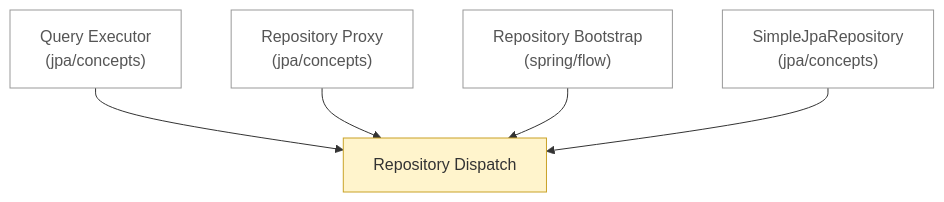
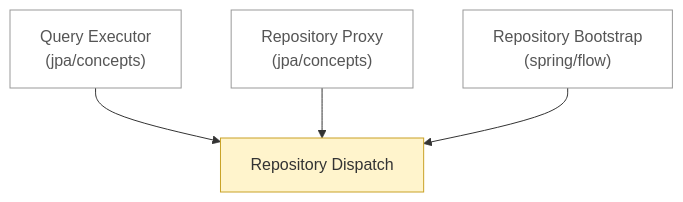
Before and after one commit to Pizza-Mozzarella/self-learning: the diagram in notes/backend/spring/data/jpa/flow/README.md, drawn with Mermaid. The commit also changed other lines of this file and 13 other files, not shown here.

````diff
--- a/notes/backend/spring/data/jpa/flow/README.md
+++ b/notes/backend/spring/data/jpa/flow/README.md
@@ -6,16 +6,14 @@
 ```mermaid
 flowchart TD
     n0["Repository Dispatch"]:::draft
     n1["Query Executor<br/>(jpa/concepts)"]:::ext
     n2["Repository Proxy<br/>(jpa/concepts)"]:::ext
-    n3["SimpleJpaRepository<br/>(jpa/concepts)"]:::ext
-    n4["Repository Bootstrap<br/>(spring/flow)"]:::ext
+    n3["Repository Bootstrap<br/>(spring/flow)"]:::ext
     n1 --> n0
     n2 --> n0
-    n4 --> n0
     n3 --> n0
     classDef stub fill:#eeeeee,stroke:#999999,stroke-dasharray:4 3,color:#555555
     classDef draft fill:#fff4cc,stroke:#c9a227,color:#333333
     classDef ok fill:#d8f0dc,stroke:#3a9d5d,color:#222222
     classDef ext fill:#ffffff,stroke:#999999,color:#555555
 ```
````
